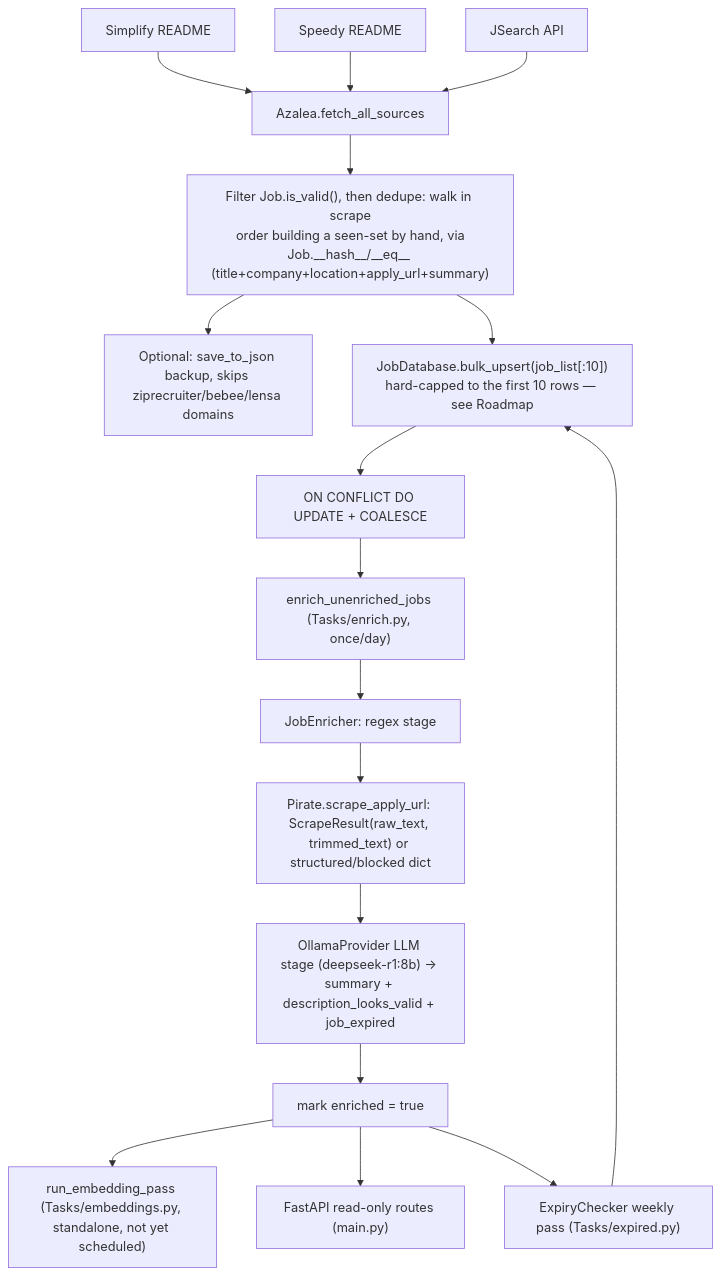
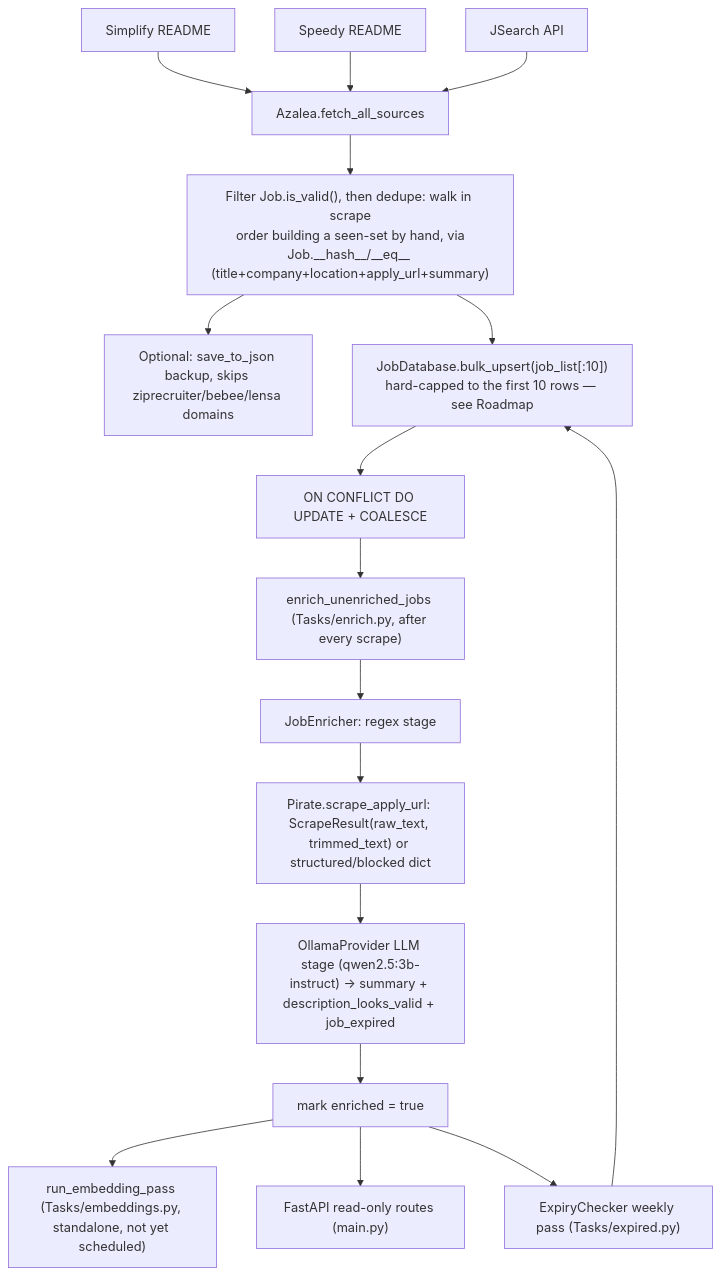
The diagram in wiki/Architecture.md (AustinDwomoh/libra), drawn with Mermaid before and after one commit. The commit also changed other lines of this file and 18 other files, not shown here.

````diff
--- a/wiki/Architecture.md
+++ b/wiki/Architecture.md
@@ -5,19 +5,19 @@
 ```mermaid
 flowchart TD
     A[Simplify README] --> D[Azalea.fetch_all_sources]
     B[Speedy README] --> D
     C[JSearch API] --> D
     D --> E["Filter Job.is_valid(), then dedupe: walk in scrape\norder building a seen-set by hand, via\nJob.__hash__/__eq__ (title+company+location+apply_url+summary)"]
     E --> G[Optional: save_to_json backup, skips ziprecruiter/bebee/lensa domains]
     E --> H["JobDatabase.bulk_upsert(job_list[:10])<br/>hard-capped to the first 10 rows — see Roadmap"]
     H --> I["ON CONFLICT DO UPDATE + COALESCE"]
-    I --> J["enrich_unenriched_jobs (Tasks/enrich.py, once/day)"]
+    I --> J["enrich_unenriched_jobs (Tasks/enrich.py, after every scrape)"]
     J --> K["JobEnricher: regex stage"]
     K --> L["Pirate.scrape_apply_url: ScrapeResult(raw_text, trimmed_text) or structured/blocked dict"]
-    L --> M["OllamaProvider LLM stage (deepseek-r1:8b) → summary + description_looks_valid + job_expired"]
+    L --> M["OllamaProvider LLM stage (qwen2.5:3b-instruct) → summary + description_looks_valid + job_expired"]
     M --> N["mark enriched = true"]
     N --> O["run_embedding_pass (Tasks/embeddings.py, standalone, not yet scheduled)"]
     N --> P["FastAPI read-only routes (main.py)"]
     N --> Q["ExpiryChecker weekly pass (Tasks/expired.py)"]
     Q --> H
 ```
````
